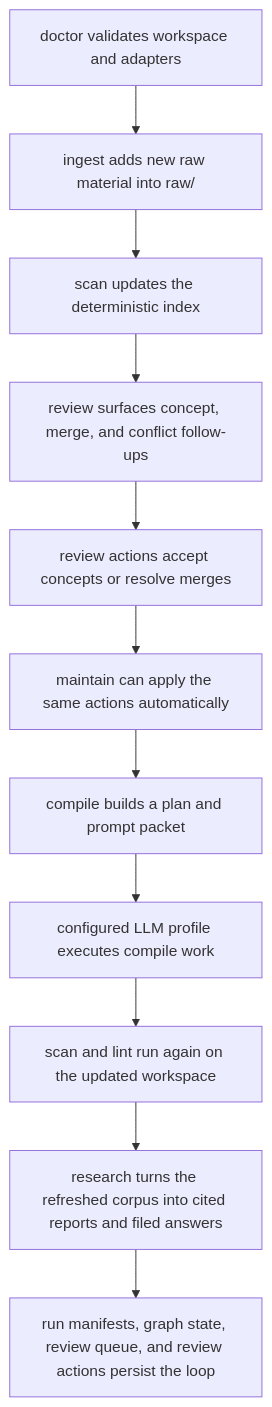
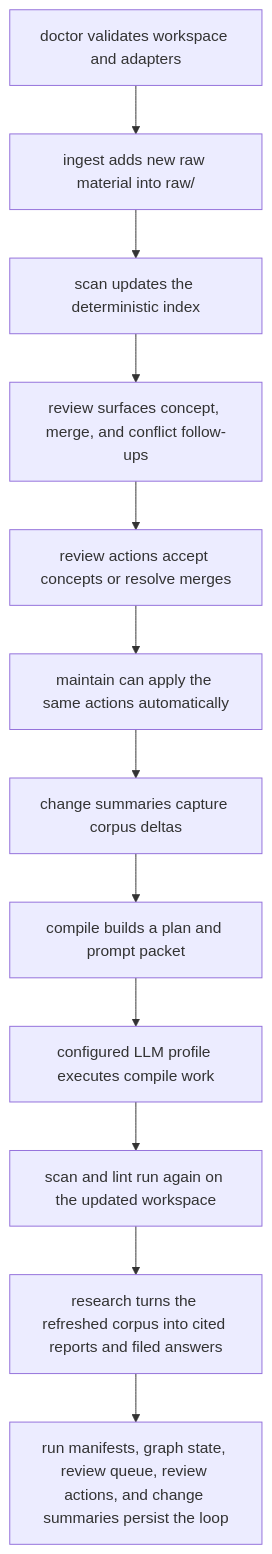
One commit to shrijacked/Cognisync changed the diagram in docs/operator-workflows.md. Above: the diagram before and after it, drawn with Mermaid. The commit also changed other lines of this file and 2 other files, not shown here.

Commit message:
docs: explain corpus change summaries

````diff
--- a/docs/operator-workflows.md
+++ b/docs/operator-workflows.md
@@ -18,13 +18,14 @@
 ```mermaid
 flowchart TD
     A["doctor validates workspace and adapters"] --> B["ingest adds new raw material into raw/"]
     B --> C["scan updates the deterministic index"]
     C --> D["review surfaces concept, merge, and conflict follow-ups"]
     D --> E["review actions accept concepts or resolve merges"]
     E --> F["maintain can apply the same actions automatically"]
-    F --> G["compile builds a plan and prompt packet"]
-    G --> H["configured LLM profile executes compile work"]
-    H --> I["scan and lint run again on the updated workspace"]
-    I --> J["research turns the refreshed corpus into cited reports and filed answers"]
-    J --> K["run manifests, graph state, review queue, and review actions persist the loop"]
+    F --> G["change summaries capture corpus deltas"]
+    G --> H["compile builds a plan and prompt packet"]
+    H --> I["configured LLM profile executes compile work"]
+    I --> J["scan and lint run again on the updated workspace"]
+    J --> K["research turns the refreshed corpus into cited reports and filed answers"]
+    K --> L["run manifests, graph state, review queue, review actions, and change summaries persist the loop"]
 ```
````
